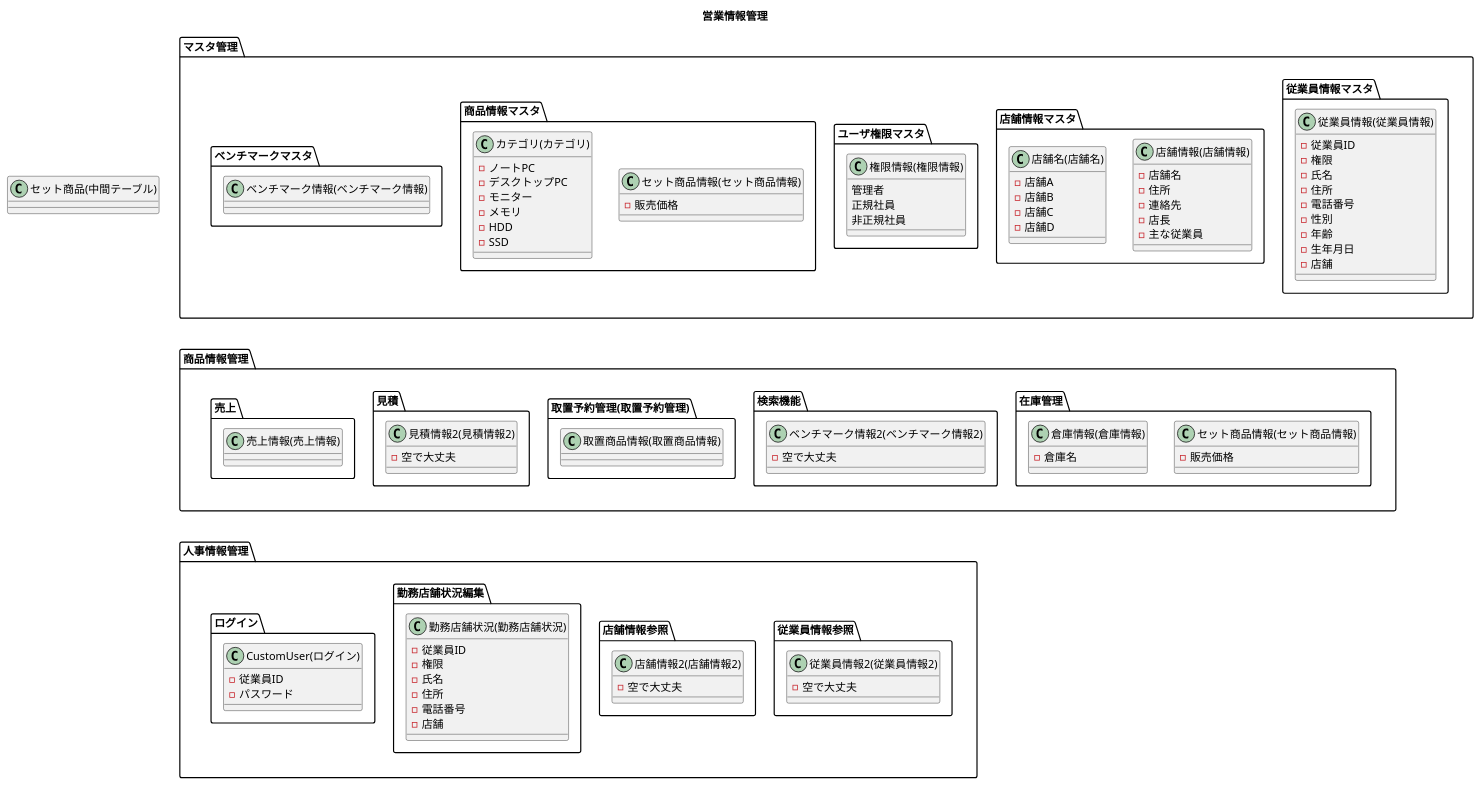
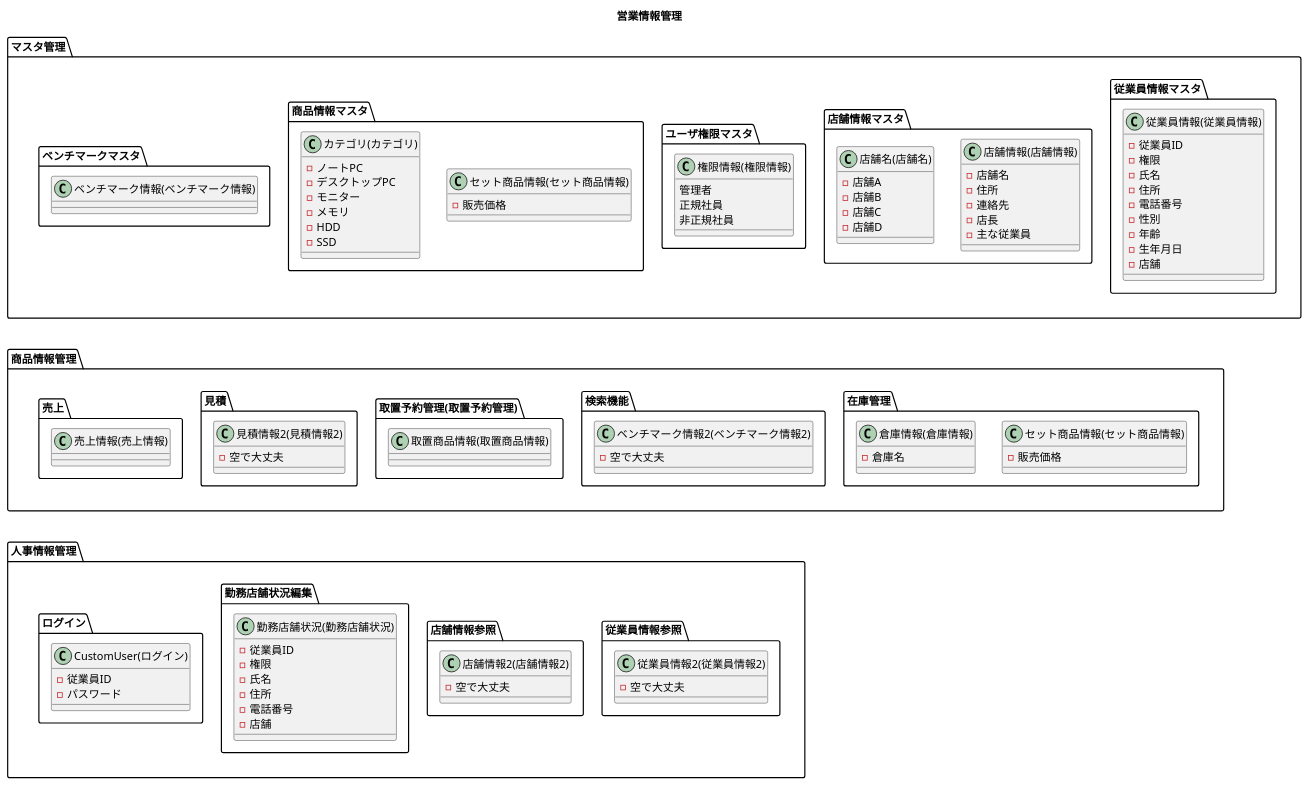
The diagram in 各種設計書/5クラス図/クラス図.plantuml (HaruShim/Sotuken), drawn with PlantUML before and after one commit.

```diff
--- a/各種設計書/5クラス図/クラス図.plantuml
+++ b/各種設計書/5クラス図/クラス図.plantuml
@@ -1,182 +1,177 @@
 @startuml クラス図
 ' left to right direction
 
 title 営業情報管理
 
 
 package "マスタ管理" as mastermana {
     package 従業員情報マスタ{
         ' 従業員情報
         ' モデル
         class 従業員情報(従業員情報){
             -従業員ID
             -権限
             -氏名
             -住所
             -電話番号
             -性別
             -年齢
             -生年月日
             -店舗
         }
     }
     package "店舗情報マスタ"{
         ' 店舗情報
         ' モデル
         class 店舗情報(店舗情報){
             -店舗名
             -住所
             -連絡先
             -店長
             -主な従業員
         }
         class 店舗名(店舗名){
             -店舗A
             -店舗B
             -店舗C
             -店舗D
         }
     }
     package ユーザ権限マスタ{
         'ユーザ権限'
         ' モデル
         class 権限情報(権限情報){
             管理者
             正規社員
             非正規社員
         }
     }
     package 商品情報マスタ{
         ' 商品情報管理
         ' モデル
         class セット商品情報(セット商品情報){
             -販売価格
             ' 保留中
         }
         class カテゴリ(カテゴリ){
             -ノートPC
             -デスクトップPC
             -モニター
             -メモリ
             -HDD
             -SSD
         }
         ' コントローラ
         ' class セット商品情報一覧(商品情報一覧){}
         ' class 新規登録(新規登録)){}
         ' class 詳細(詳細){}
         ' class 編集(編集){}
     }
     package ベンチマークマスタ{
         ' ベンチマークマスタ
         ' モデル
         class ベンチマーク情報(ベンチマーク情報){
             ' 保留中
         }
     }
     ' package 売上情報マスタ{
         ' 売上情報
         ' モデル
         
 }
 
 
 package "商品情報管理" as itemmana {
     package 在庫管理{
         ' 商品情報管理
         ' モデル
         class セット商品情報(セット商品情報){
             -販売価格
             ' 保留中
         }
         class 倉庫情報(倉庫情報){
         -倉庫名
         ' +移動指示()
         }
     }
     package 検索機能{
         ' ベンチマークマスタ
         ' モデル
         class ベンチマーク情報2(ベンチマーク情報2){
             ' 保留中
             -空で大丈夫
         }
     }
     package 取置予約管理(取置予約管理){
         ' 取置商品情報
         ' モデル
         class 取置商品情報(取置商品情報){}
     }
     package 見積{
         class 見積情報2(見積情報2){
             -空で大丈夫
         }
     }
     package 売上{
         ' 売上情報
         ' モデル
         class 売上情報(売上情報){}
     }
     
     
 }
 
 
 package "人事情報管理" as huremana {
     package 従業員情報参照{
         class 従業員情報2(従業員情報2){
             -空で大丈夫
         }
     }
     package 店舗情報参照{
         class 店舗情報2(店舗情報2){
             -空で大丈夫
         }
     }
     package 勤務店舗状況編集{
         class 勤務店舗状況(勤務店舗状況){
             -従業員ID
             -権限
             -氏名
             -住所
             -電話番号
             -店舗
         }
     }
     package ログイン{
         ' ログイン'
         ' モデル
         ' class "django-allauth(ログイン)" as da{
         '     -従業員ID
         '     -パスワード
         '     ' +ログイン()
         ' }
         class CustomUser(ログイン){
             -従業員ID
             -パスワード
         }
     }
 }
 
-' 中間テーブル
-' セット商品モデル
-class セット商品(中間テーブル){
-    ' 商品名、id、型番、セット名
-}
 
 
 ' class Meta{
 '     -保留
 ' }
 
 mastermana -[hidden]down- itemmana
 itemmana -[hidden]down- huremana
 ' itemmana -[hidden]- huremana
 ' mastermana -[hidden]down- itemmana
 ' mastermana -[hidden]down- huremana
 
 ' 要素の書き出しから
 
 
 ' CustomUser +-- Meta
 @enduml
```
